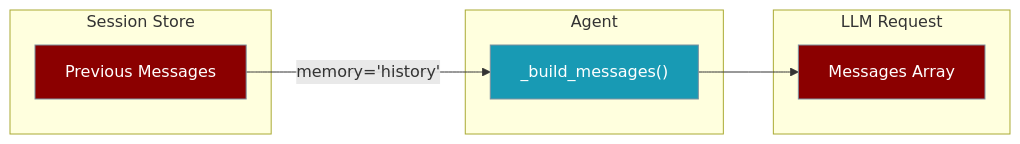
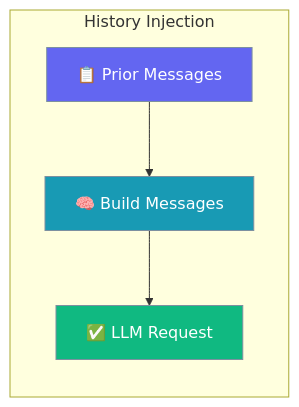
The first of 2 diagrams in docs/features/history-injection.mdx (MervinPraison/PraisonAIDocs), drawn with Mermaid before and after one commit. The commit also changed other lines of this file and 1 other file, not shown here.

Commit message:
docs: add graph LR hero + sequenceDiagram to history-injection, inbound-dlq (#1675)

````diff
--- a/docs/features/history-injection.mdx
+++ b/docs/features/history-injection.mdx
@@ -34,23 +34,14 @@
 ```mermaid
-flowchart LR
-    subgraph Session["Session Store"]
-        H1["Previous Messages"]
+graph LR
+    subgraph "History Injection"
+        H1[📋 Prior Messages] --> B[🧠 Build Messages]
+        B --> M[✅ LLM Request]
     end
-    
-    subgraph Agent["Agent"]
-        B["_build_messages()"]
-    end
-    
-    subgraph LLM["LLM Request"]
-        M["Messages Array"]
-    end
-    
-    H1 -->|"memory='history'"| B
-    B --> M
-    
-    classDef agent fill:#8B0000,stroke:#7C90A0,color:#fff
+
+    classDef input fill:#6366F1,stroke:#7C90A0,color:#fff
     classDef tool fill:#189AB4,stroke:#7C90A0,color:#fff
-    class H1,M agent
+    classDef output fill:#10B981,stroke:#7C90A0,color:#fff
+    class H1 input
     class B tool
-
+    class M output
 ```
````
